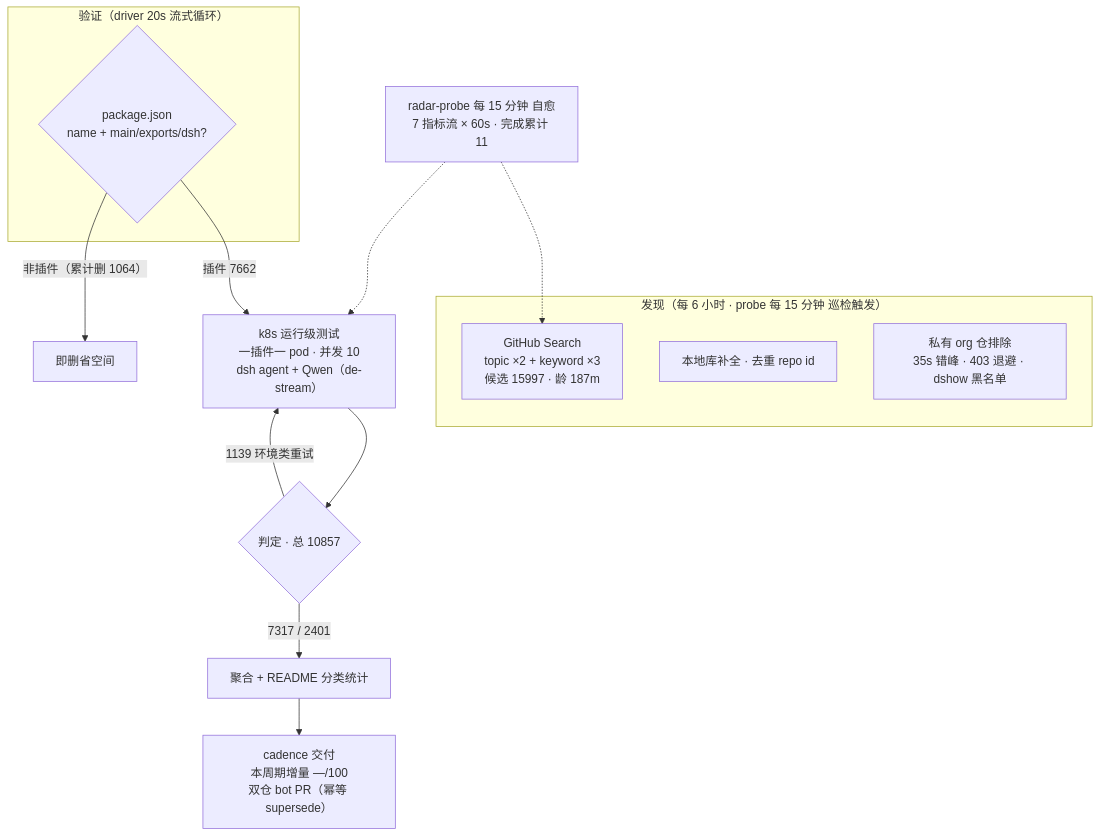
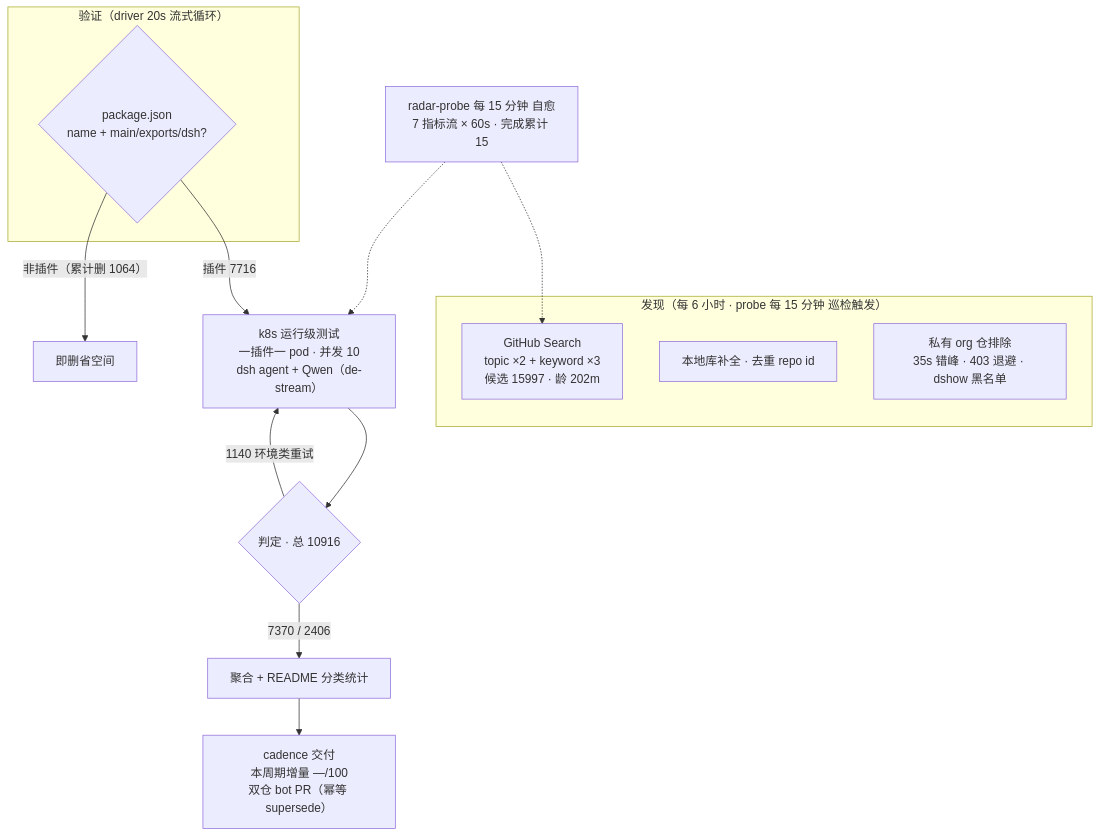
Before and after one commit to Zhidao-Lab-OSS/awesome-dsh-plugins: the diagram in README.md, drawn with Mermaid. The commit also changed other lines of this file and 1 other file, not shown here.

````diff
--- a/README.md
+++ b/README.md
@@ -37,20 +37,20 @@
 ```mermaid
 flowchart TB
     subgraph Discovery["发现（每 6 小时 · probe 每 15 分钟 巡检触发）"]
-        A1["GitHub Search<br/>topic ×2 + keyword ×3<br/>候选 15997 · 龄 187m"]
+        A1["GitHub Search<br/>topic ×2 + keyword ×3<br/>候选 15997 · 龄 202m"]
         A2["本地库补全 · 去重 repo id"]
         A3["私有 org 仓排除<br/>35s 错峰 · 403 退避 · dshow 黑名单"]
     end
     subgraph Validation["验证（driver 20s 流式循环）"]
         B1{"package.json<br/>name + main/exports/dsh?"}
     end
-    B1 -->|"插件 7662"| C1["k8s 运行级测试<br/>一插件一 pod · 并发 10<br/>dsh agent + Qwen（de-stream）"]
+    B1 -->|"插件 7716"| C1["k8s 运行级测试<br/>一插件一 pod · 并发 10<br/>dsh agent + Qwen（de-stream）"]
     B1 -->|"非插件（累计删 1064）"| B3["即删省空间"]
-    C1 --> D1{"判定 · 总 10857"}
-    D1 -->|"7317 / 2401"| E1["聚合 + README 分类统计"]
-    D1 -->|"1139 环境类重试"| C1
+    C1 --> D1{"判定 · 总 10916"}
+    D1 -->|"7370 / 2406"| E1["聚合 + README 分类统计"]
+    D1 -->|"1140 环境类重试"| C1
     E1 --> E2["cadence 交付<br/>本周期增量 —/100<br/>双仓 bot PR（幂等 supersede）"]
-    M["radar-probe 每 15 分钟 自愈<br/>7 指标流 × 60s · 完成累计 11"]
+    M["radar-probe 每 15 分钟 自愈<br/>7 指标流 × 60s · 完成累计 15"]
     M -.-> A1
     M -.-> C1
 ```
````
